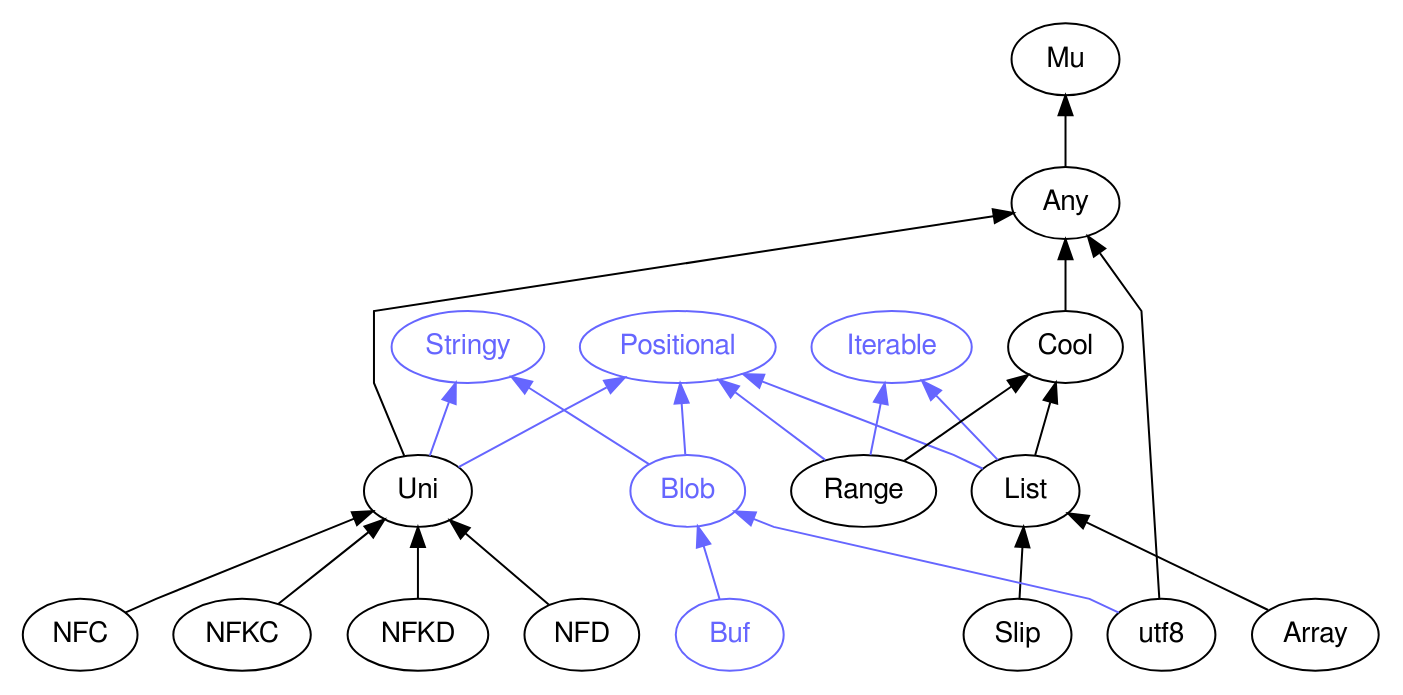
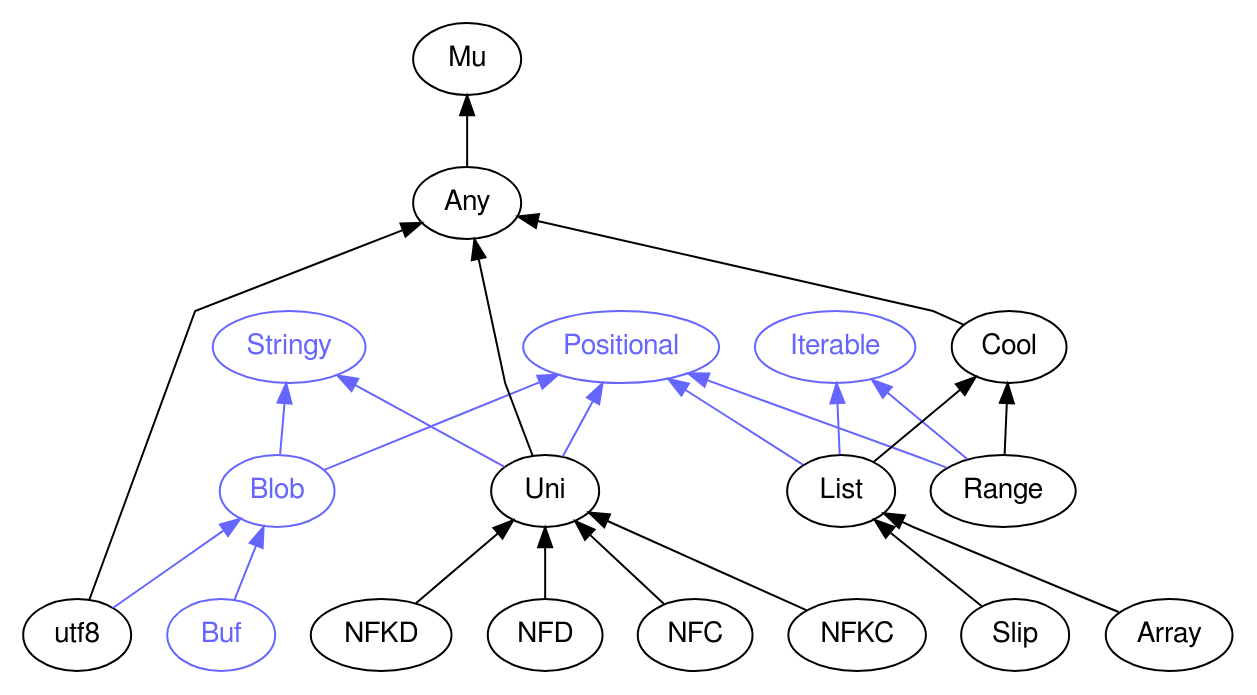
One commit to perl6docs/perl6docs.github.io changed the diagram in images/type-graph-Positional.svg.dot. Above: the diagram before and after it, drawn with Graphviz. The commit also changed other lines of this file and 4398 other files, not shown here.

```diff
--- a/images/type-graph-Positional.svg.dot
+++ b/images/type-graph-Positional.svg.dot
@@ -1,50 +1,50 @@
 digraph "perl6-type-graph" {
     rankdir=BT;
     splines=polyline;
     overlap=false; 
     // Types
     "Positional" [color="#6666FF", fontcolor="#6666FF", href="/type/Positional", fontname="FreeSans"];
     "Mu" [color="#000000", fontcolor="#000000", href="/type/Mu", fontname="FreeSans"];
     "Any" [color="#000000", fontcolor="#000000", href="/type/Any", fontname="FreeSans"];
-    "Stringy" [color="#6666FF", fontcolor="#6666FF", href="/type/Stringy", fontname="FreeSans"];
-    "Uni" [color="#000000", fontcolor="#000000", href="/type/Uni", fontname="FreeSans"];
     "Cool" [color="#000000", fontcolor="#000000", href="/type/Cool", fontname="FreeSans"];
     "Iterable" [color="#6666FF", fontcolor="#6666FF", href="/type/Iterable", fontname="FreeSans"];
+    "Range" [color="#000000", fontcolor="#000000", href="/type/Range", fontname="FreeSans"];
+    "Stringy" [color="#6666FF", fontcolor="#6666FF", href="/type/Stringy", fontname="FreeSans"];
+    "Blob" [color="#6666FF", fontcolor="#6666FF", href="/type/Blob", fontname="FreeSans"];
+    "Uni" [color="#000000", fontcolor="#000000", href="/type/Uni", fontname="FreeSans"];
     "List" [color="#000000", fontcolor="#000000", href="/type/List", fontname="FreeSans"];
-    "Blob" [color="#6666FF", fontcolor="#6666FF", href="/type/Blob", fontname="FreeSans"];
-    "Range" [color="#000000", fontcolor="#000000", href="/type/Range", fontname="FreeSans"];
+    "NFKD" [color="#000000", fontcolor="#000000", href="/type/NFKD", fontname="FreeSans"];
+    "NFD" [color="#000000", fontcolor="#000000", href="/type/NFD", fontname="FreeSans"];
     "NFC" [color="#000000", fontcolor="#000000", href="/type/NFC", fontname="FreeSans"];
     "NFKC" [color="#000000", fontcolor="#000000", href="/type/NFKC", fontname="FreeSans"];
-    "NFKD" [color="#000000", fontcolor="#000000", href="/type/NFKD", fontname="FreeSans"];
-    "NFD" [color="#000000", fontcolor="#000000", href="/type/NFD", fontname="FreeSans"];
+    "Slip" [color="#000000", fontcolor="#000000", href="/type/Slip", fontname="FreeSans"];
     "Array" [color="#000000", fontcolor="#000000", href="/type/Array", fontname="FreeSans"];
-    "Slip" [color="#000000", fontcolor="#000000", href="/type/Slip", fontname="FreeSans"];
     "utf8" [color="#000000", fontcolor="#000000", href="/type/utf8", fontname="FreeSans"];
     "Buf" [color="#6666FF", fontcolor="#6666FF", href="/type/Buf", fontname="FreeSans"];
 
     // Superclasses
     "Any" -> "Mu" [color="#000000"];
+    "Cool" -> "Any" [color="#000000"];
+    "Range" -> "Cool" [color="#000000"];
     "Uni" -> "Any" [color="#000000"];
-    "Cool" -> "Any" [color="#000000"];
     "List" -> "Cool" [color="#000000"];
-    "Range" -> "Cool" [color="#000000"];
+    "NFKD" -> "Uni" [color="#000000"];
+    "NFD" -> "Uni" [color="#000000"];
     "NFC" -> "Uni" [color="#000000"];
     "NFKC" -> "Uni" [color="#000000"];
-    "NFKD" -> "Uni" [color="#000000"];
-    "NFD" -> "Uni" [color="#000000"];
+    "Slip" -> "List" [color="#000000"];
     "Array" -> "List" [color="#000000"];
-    "Slip" -> "List" [color="#000000"];
     "utf8" -> "Any" [color="#000000"];
 
     // Roles
+    "Range" -> "Positional" [color="#6666FF"];
+    "Range" -> "Iterable" [color="#6666FF"];
+    "Blob" -> "Positional" [color="#6666FF"];
+    "Blob" -> "Stringy" [color="#6666FF"];
     "Uni" -> "Positional" [color="#6666FF"];
     "Uni" -> "Stringy" [color="#6666FF"];
     "List" -> "Positional" [color="#6666FF"];
     "List" -> "Iterable" [color="#6666FF"];
-    "Blob" -> "Positional" [color="#6666FF"];
-    "Blob" -> "Stringy" [color="#6666FF"];
-    "Range" -> "Positional" [color="#6666FF"];
-    "Range" -> "Iterable" [color="#6666FF"];
     "utf8" -> "Blob" [color="#6666FF"];
     "Buf" -> "Blob" [color="#6666FF"];
 }
```
